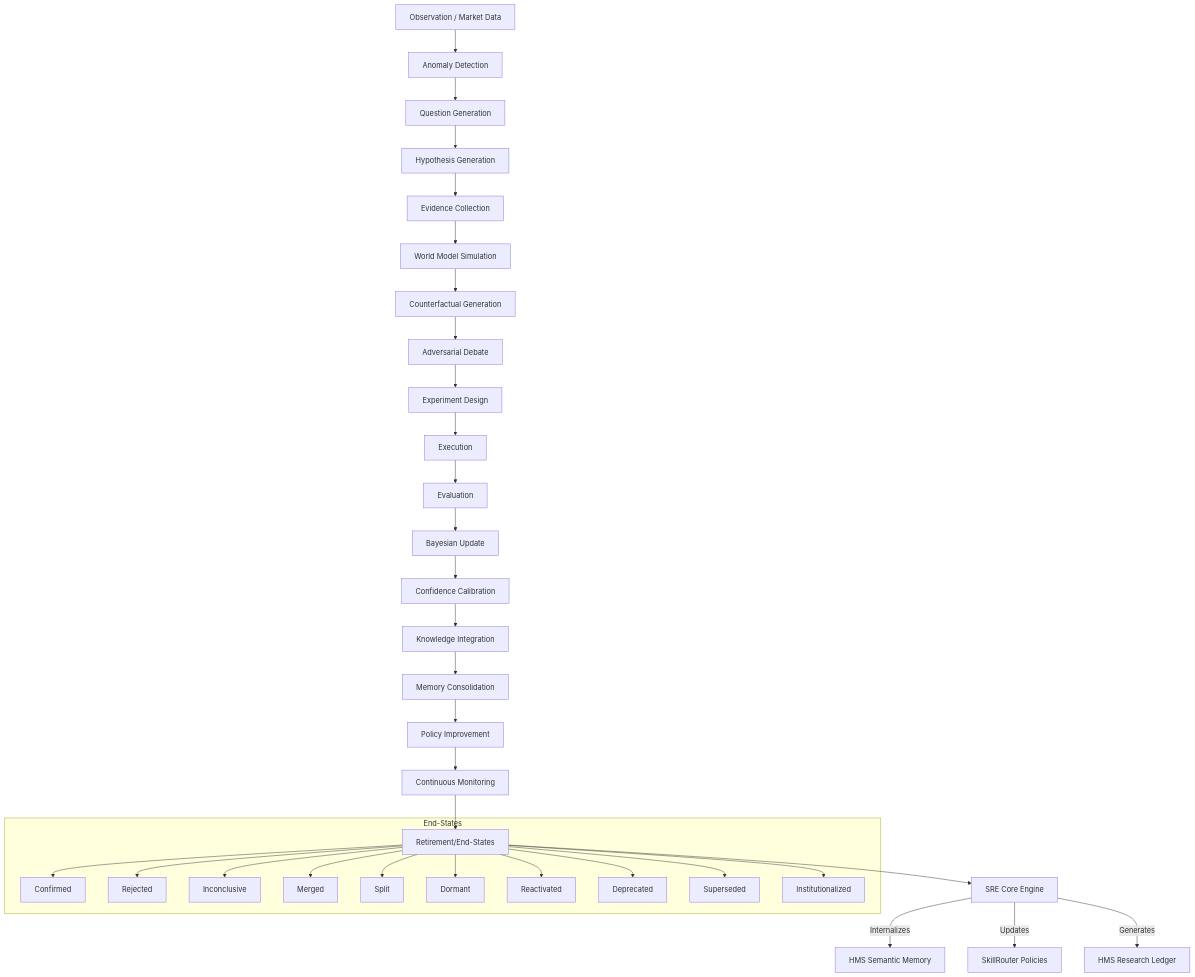
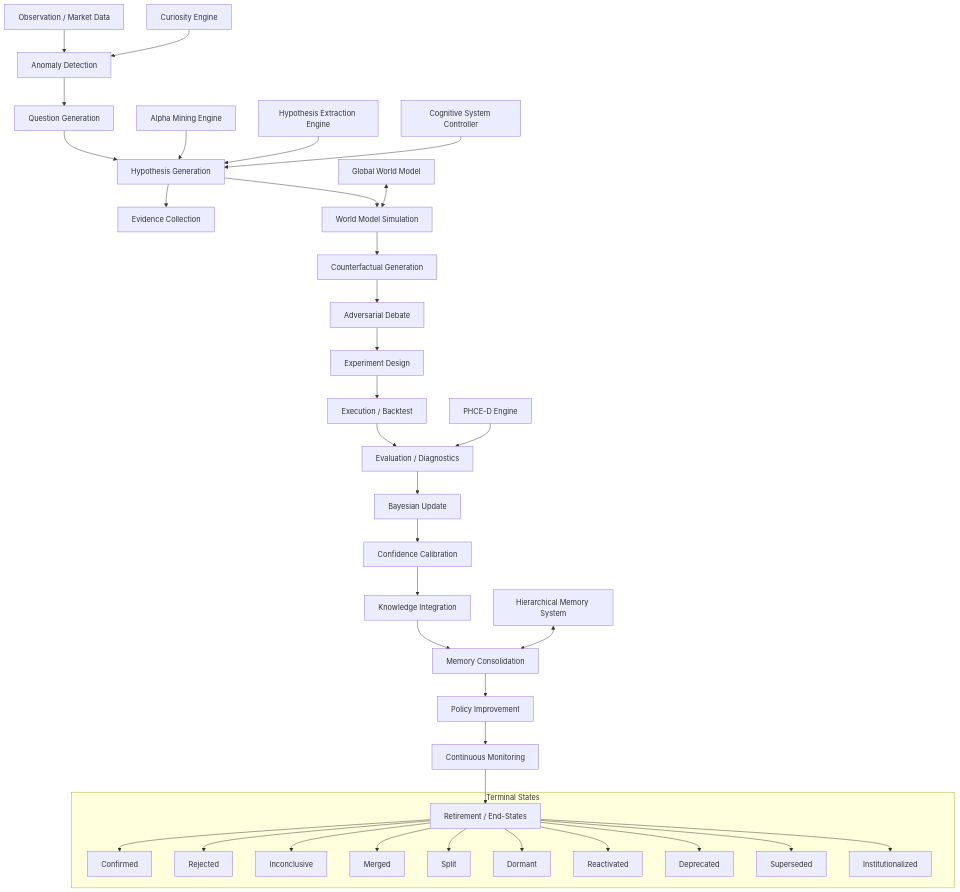
One commit to CodeCrazeCodeCrazeDev/tradingbot changed the diagram in HYPOTHESIS_DEPENDENCY_GRAPH.md. Above: the diagram before and after it, drawn with Mermaid. The commit also changed other lines of this file and 13 other files, not shown here.

````diff
--- a/HYPOTHESIS_DEPENDENCY_GRAPH.md
+++ b/HYPOTHESIS_DEPENDENCY_GRAPH.md
@@ -3,38 +3,52 @@
 ```mermaid
 graph TD
+    %% Origination Points
     Obs[Observation / Market Data] --> Anomaly[Anomaly Detection]
     Anomaly --> QG[Question Generation]
     QG --> HG[Hypothesis Generation]
     HG --> EC[Evidence Collection]
-    EC --> WM[World Model Simulation]
+
+    %% Research & Mining
+    Mining[Alpha Mining Engine] --> HG
+    Extraction[Hypothesis Extraction Engine] --> HG
+    Curiosity[Curiosity Engine] --> Anomaly
+
+    %% Evolution & Evaluation
+    HG --> WM[World Model Simulation]
     WM --> CF[Counterfactual Generation]
     CF --> ADeb[Adversarial Debate]
     ADeb --> ED[Experiment Design]
-    ED --> EXE[Execution]
-    EXE --> EVAL[Evaluation]
+    ED --> EXE[Execution / Backtest]
+    EXE --> EVAL[Evaluation / Diagnostics]
+
+    %% Cognitive Processing
     EVAL --> BU[Bayesian Update]
     BU --> CC[Confidence Calibration]
     CC --> KI[Knowledge Integration]
     KI --> MC[Memory Consolidation]
+
+    %% Lifecycle States
     MC --> PI[Policy Improvement]
     PI --> CM[Continuous Monitoring]
-    CM --> RET[Retirement/End-States]
+    CM --> RET[Retirement / End-States]
 
-    RET --> SRE_CORE[SRE Core Engine]
-    SRE_CORE -->|Internalizes| HMS[HMS Semantic Memory]
-    SRE_CORE -->|Updates| SkillRouter[SkillRouter Policies]
-    SRE_CORE -->|Generates| ResearchLedger[HMS Research Ledger]
+    %% Subsystem Connections
+    CSC[Cognitive System Controller] --> HG
+    PHCE_D[PHCE-D Engine] --> EVAL
+    HMS[Hierarchical Memory System] <--> MC
+    GWM[Global World Model] <--> WM
 
-    subgraph "End-States"
+    %% End-States
+    subgraph "Terminal States"
         RET --> Conf[Confirmed]
         RET --> Rej[Rejected]
         RET --> Inc[Inconclusive]
         RET --> Mer[Merged]
         RET --> Spl[Split]
         RET --> Dor[Dormant]
         RET --> Rea[Reactivated]
         RET --> Dep[Deprecated]
         RET --> Sup[Superseded]
         RET --> Inst[Institutionalized]
     end
 ```
````
